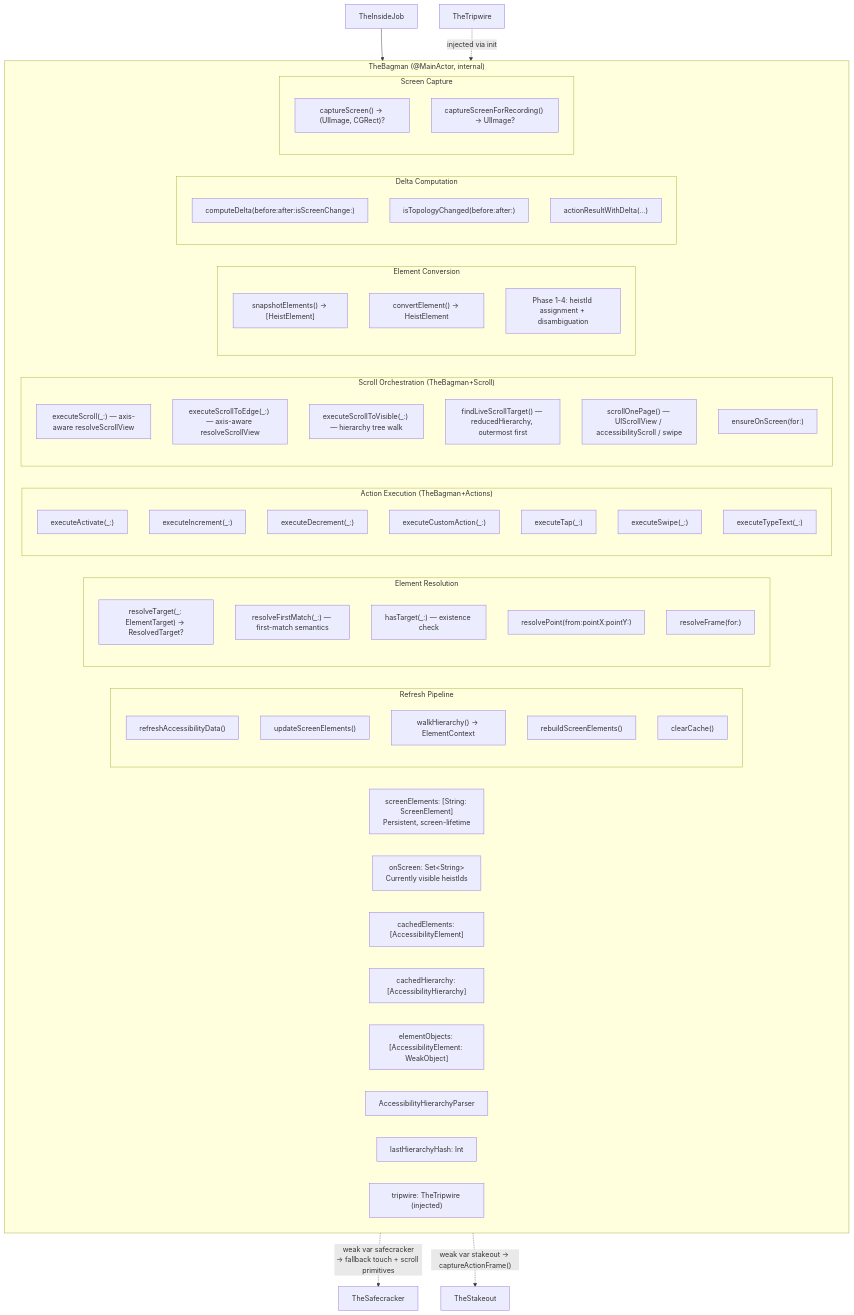
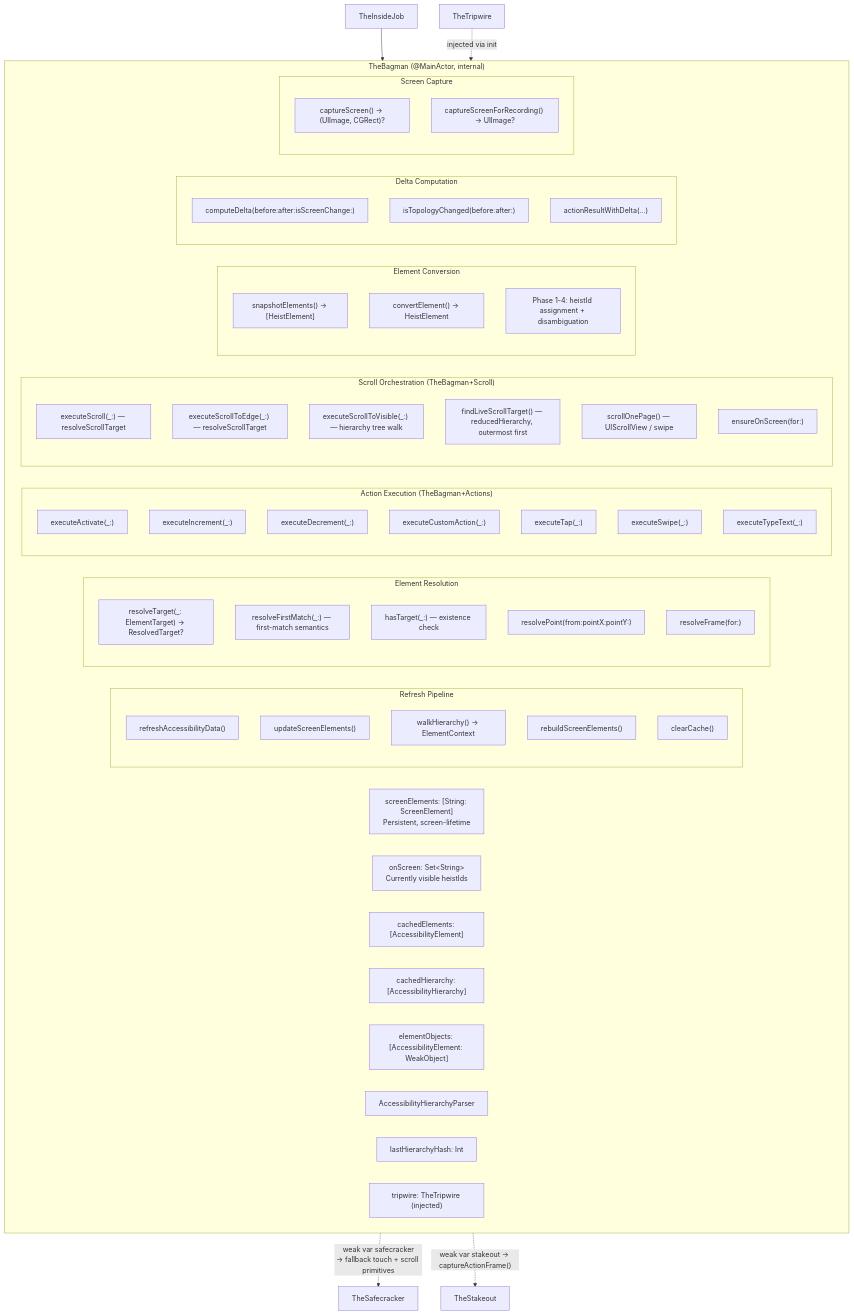
One commit to RoyalPineapple/TheButtonHeist changed the second of 9 diagrams in docs/dossiers/13-THEBAGMAN.md. Above: the diagram before and after it, drawn with Mermaid. The commit also changed other lines of this file and 5 other files, not shown here.

````diff
--- a/docs/dossiers/13-THEBAGMAN.md
+++ b/docs/dossiers/13-THEBAGMAN.md
@@ -64,70 +64,70 @@
 ```mermaid
 graph TD
     subgraph TheBagman["TheBagman (@MainActor, internal)"]
         Registry["screenElements: [String: ScreenElement]<br/>Persistent, screen-lifetime"]
         OnScreen["onScreen: Set&lt;String&gt;<br/>Currently visible heistIds"]
         Cache["cachedElements: [AccessibilityElement]"]
         Hierarchy["cachedHierarchy: [AccessibilityHierarchy]"]
         WeakRefs["elementObjects: [AccessibilityElement: WeakObject]"]
         Parser["AccessibilityHierarchyParser"]
         Hash["lastHierarchyHash: Int"]
         Tripwire["tripwire: TheTripwire (injected)"]
 
         subgraph Refresh["Refresh Pipeline"]
             RefreshData["refreshAccessibilityData()"]
             UpdateScreen["updateScreenElements()"]
             WalkHierarchy["walkHierarchy() → ElementContext"]
             RebuildScreen["rebuildScreenElements()"]
             ClearCache["clearCache()"]
         end
 
         subgraph Resolution["Element Resolution"]
             ResolveTarget["resolveTarget(_: ElementTarget) → ResolvedTarget?"]
             ResolveFirstMatch["resolveFirstMatch(_:) — first-match semantics"]
             HasTarget["hasTarget(_:) — existence check"]
             ResolvePoint["resolvePoint(from:pointX:pointY:)"]
             ResolveFrame["resolveFrame(for:)"]
         end
 
         subgraph Actions["Action Execution (TheBagman+Actions)"]
             Activate["executeActivate(_:)"]
             Increment["executeIncrement(_:)"]
             Decrement["executeDecrement(_:)"]
             CustomAction["executeCustomAction(_:)"]
             Tap["executeTap(_:)"]
             Swipe["executeSwipe(_:)"]
             TypeText["executeTypeText(_:)"]
         end
 
         subgraph Scrolling["Scroll Orchestration (TheBagman+Scroll)"]
-            Scroll["executeScroll(_:) — axis-aware resolveScrollView"]
-            ScrollEdge["executeScrollToEdge(_:) — axis-aware resolveScrollView"]
+            Scroll["executeScroll(_:) — resolveScrollTarget"]
+            ScrollEdge["executeScrollToEdge(_:) — resolveScrollTarget"]
             ScrollVisible["executeScrollToVisible(_:) — hierarchy tree walk"]
             FindTarget["findLiveScrollTarget() — reducedHierarchy, outermost first"]
-            ScrollOnePage["scrollOnePage() — UIScrollView / accessibilityScroll / swipe"]
+            ScrollOnePage["scrollOnePage() — UIScrollView / swipe"]
             EnsureOnScreen["ensureOnScreen(for:)"]
         end
 
         subgraph Conversion["Element Conversion"]
             Snapshot["snapshotElements() → [HeistElement]"]
             Convert["convertElement() → HeistElement"]
             AssignIds["Phase 1-4: heistId assignment + disambiguation"]
         end
 
         subgraph Delta["Delta Computation"]
             ComputeDelta["computeDelta(before:after:isScreenChange:)"]
             TopoChanged["isTopologyChanged(before:after:)"]
             ActionResult["actionResultWithDelta(...)"]
         end
 
         subgraph Screen["Screen Capture"]
             CaptureScreen["captureScreen() → (UIImage, CGRect)?"]
             CaptureRecording["captureScreenForRecording() → UIImage?"]
         end
     end
 
     TheInsideJob["TheInsideJob"] --> TheBagman
     TheTripwire["TheTripwire"] -.->|injected via init| TheBagman
     TheBagman -.->|"weak var safecracker<br/>→ fallback touch + scroll primitives"| TheSafecracker["TheSafecracker"]
     TheBagman -.->|"weak var stakeout → captureActionFrame()"| TheStakeout["TheStakeout"]
 ```
````
